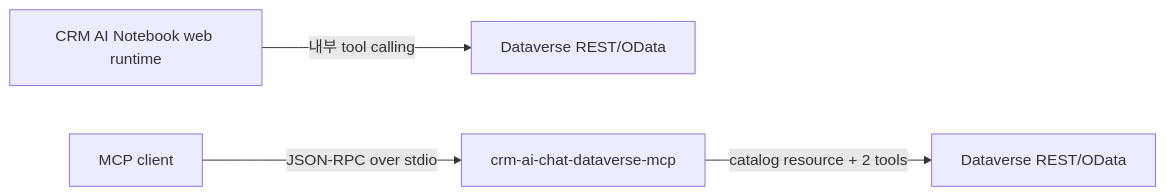
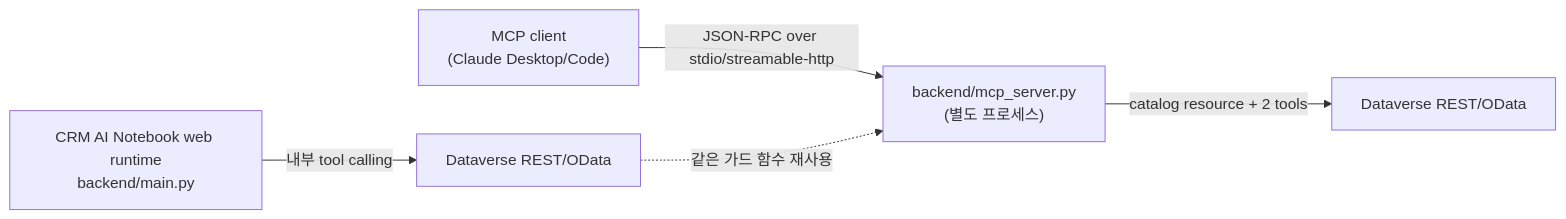
The second of 7 diagrams in specifications/07_인프라아키텍처정의서.md (hansu0317/cloud-mcp-azure), drawn with Mermaid before and after one commit. The commit also changed other lines of this file and 7 other files, not shown here.

First line of the commit message:
feat(mcp): Dataverse MCP 서버를 Python으로 이 저장소에 통합

````diff
--- a/specifications/07_인프라아키텍처정의서.md
+++ b/specifications/07_인프라아키텍처정의서.md
@@ -108,6 +108,7 @@
 ```mermaid
 flowchart LR
-    WEB["CRM AI Notebook web runtime"] -->|"내부 tool calling"| WREST["Dataverse REST/OData"]
-    MCPCLIENT["MCP client"] -->|"JSON-RPC over stdio"| MCPSERVER["crm-ai-chat-dataverse-mcp"]
+    WEB["CRM AI Notebook web runtime<br/>backend/main.py"] -->|"내부 tool calling"| WREST["Dataverse REST/OData"]
+    MCPCLIENT["MCP client<br/>(Claude Desktop/Code)"] -->|"JSON-RPC over stdio/streamable-http"| MCPSERVER["backend/mcp_server.py<br/>(별도 프로세스)"]
     MCPSERVER -->|"catalog resource + 2 tools"| MREST["Dataverse REST/OData"]
+    WREST -.->|"같은 가드 함수 재사용"| MCPSERVER
 ```
````
